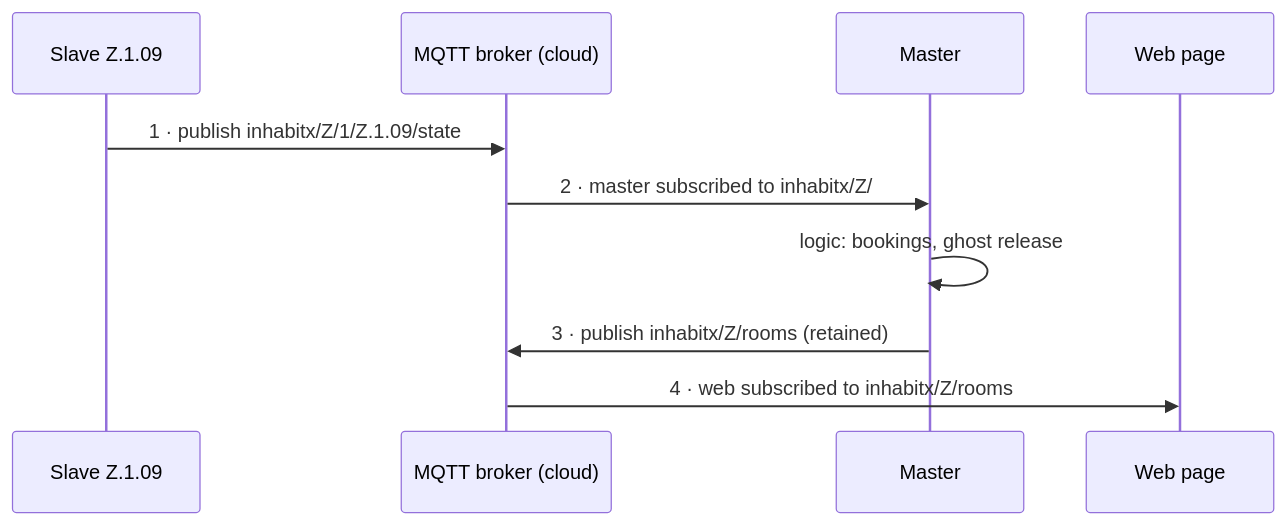
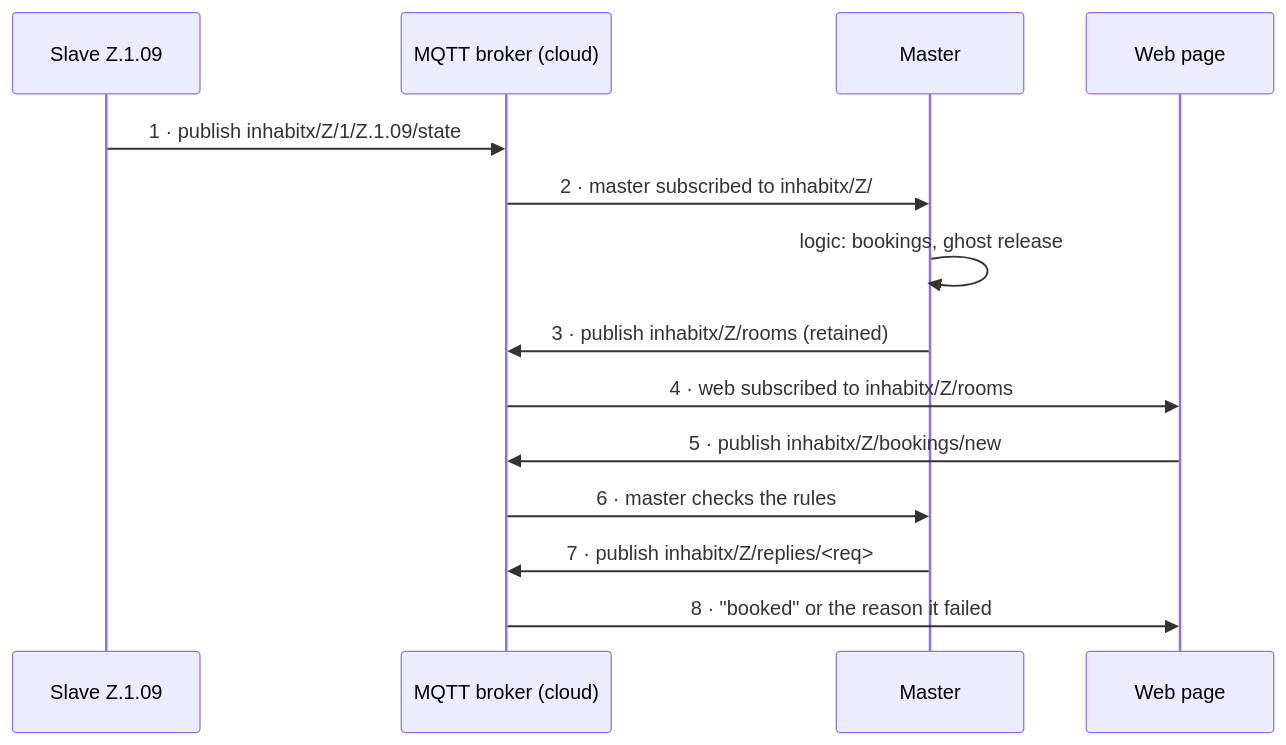
One commit to NadaAbbas444/inhabitx changed the second of 4 diagrams in README.md. Above: the diagram before and after it, drawn with Mermaid. The commit also changed other lines of this file and 4 other files, not shown here.

````diff
--- a/README.md
+++ b/README.md
@@ -64,12 +81,16 @@
 ```mermaid
 sequenceDiagram
     participant S as Slave Z.1.09
     participant B as MQTT broker (cloud)
     participant M as Master
     participant W as Web page
     S->>B: 1 · publish inhabitx/Z/1/Z.1.09/state
     B->>M: 2 · master subscribed to inhabitx/Z/#
     M->>M: logic: bookings, ghost release
     M->>B: 3 · publish inhabitx/Z/rooms (retained)
     B->>W: 4 · web subscribed to inhabitx/Z/rooms
+    W->>B: 5 · publish inhabitx/Z/bookings/new
+    B->>M: 6 · master checks the rules
+    M->>B: 7 · publish inhabitx/Z/replies/<req>
+    B->>W: 8 · "booked" or the reason it failed
 ```
````
